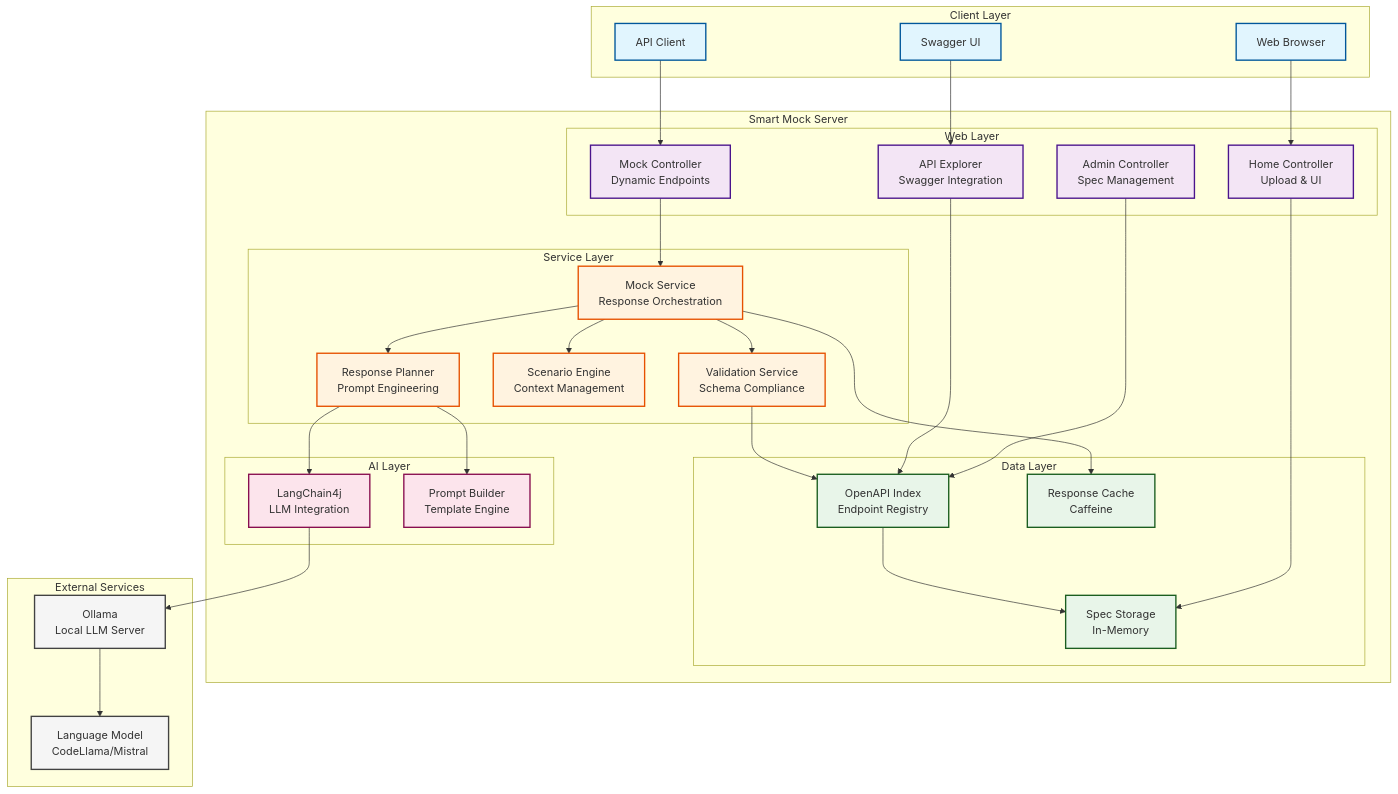
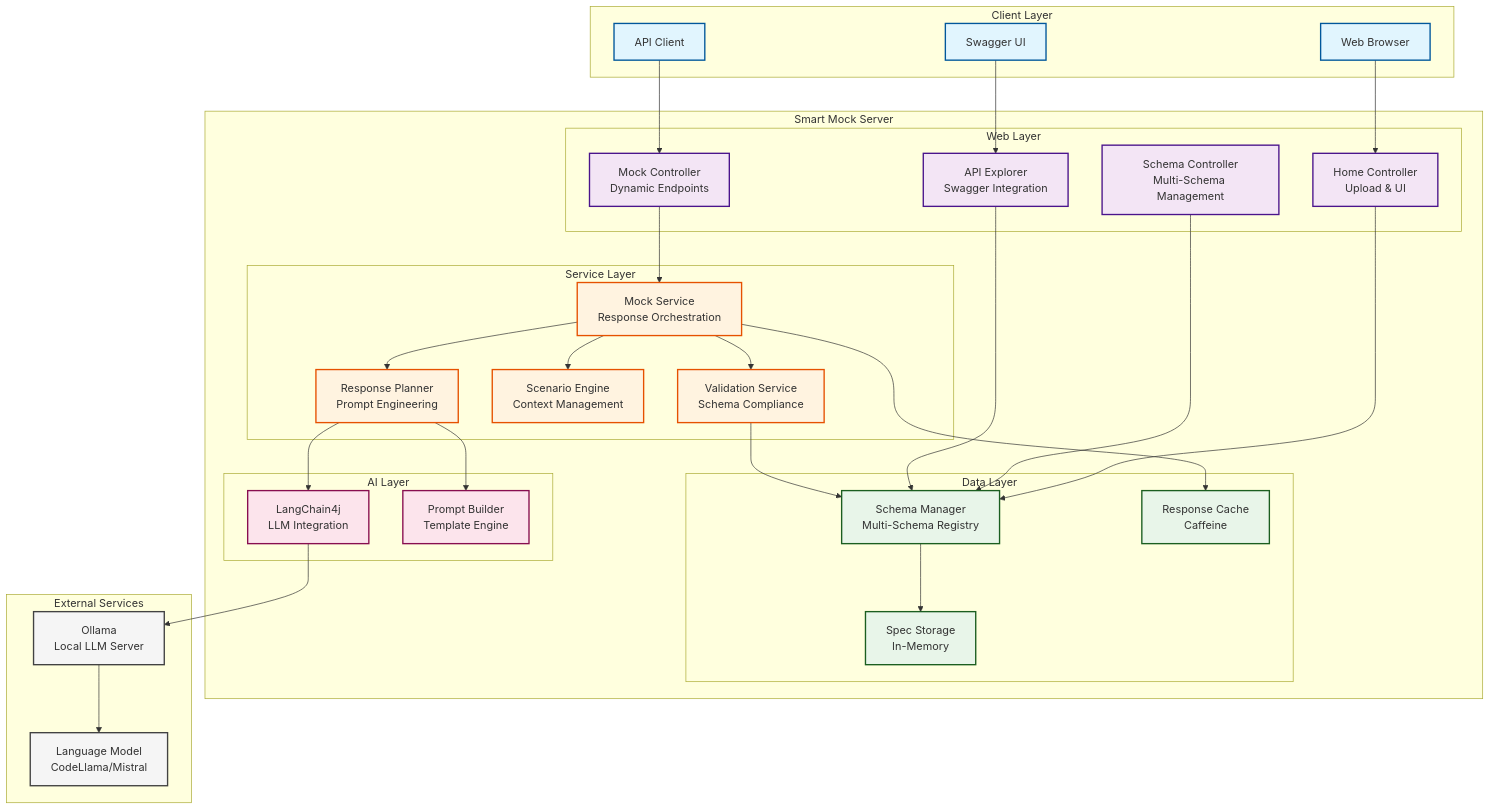
One commit to rokon12/smart-mock changed the third of 11 diagrams in architecture-diagram.md. Above: the diagram before and after it, drawn with Mermaid. The commit also changed other lines of this file and 4 other files, not shown here.

````diff
--- a/architecture-diagram.md
+++ b/architecture-diagram.md
@@ -46,77 +46,77 @@
 ```mermaid
 graph TB
     subgraph "Client Layer"
         Browser[Web Browser]
         SwaggerUI[Swagger UI]
         APIClient[API Client]
     end
 
     subgraph "Smart Mock Server"
         subgraph "Web Layer"
             HomeController[Home Controller<br/>Upload & UI]
             MockController[Mock Controller<br/>Dynamic Endpoints]
-            AdminController[Admin Controller<br/>Spec Management]
+            SchemaController[Schema Controller<br/>Multi-Schema Management]
             ApiExplorer[API Explorer<br/>Swagger Integration]
         end
 
         subgraph "Service Layer"
             MockService[Mock Service<br/>Response Orchestration]
             ResponsePlanner[Response Planner<br/>Prompt Engineering]
             ScenarioEngine[Scenario Engine<br/>Context Management]
             ValidationService[Validation Service<br/>Schema Compliance]
         end
 
         subgraph "Data Layer"
-            OpenApiIndex[OpenAPI Index<br/>Endpoint Registry]
+            SchemaManager[Schema Manager<br/>Multi-Schema Registry]
             ResponseCache[Response Cache<br/>Caffeine]
             SpecStorage[Spec Storage<br/>In-Memory]
         end
 
         subgraph "AI Layer"
             LangChain[LangChain4j<br/>LLM Integration]
             PromptBuilder[Prompt Builder<br/>Template Engine]
         end
     end
 
     subgraph "External Services"
         Ollama[Ollama<br/>Local LLM Server]
         LLModel[Language Model<br/>CodeLlama/Mistral]
     end
 
     Browser --> HomeController
     SwaggerUI --> ApiExplorer
     APIClient --> MockController
     
-    HomeController --> SpecStorage
+    HomeController --> SchemaManager
     MockController --> MockService
-    AdminController --> OpenApiIndex
-    ApiExplorer --> OpenApiIndex
+    SchemaController --> SchemaManager
+    ApiExplorer --> SchemaManager
     
     MockService --> ResponsePlanner
     MockService --> ScenarioEngine
     MockService --> ResponseCache
     MockService --> ValidationService
     
     ResponsePlanner --> PromptBuilder
     ResponsePlanner --> LangChain
     
     LangChain --> Ollama
     Ollama --> LLModel
     
-    OpenApiIndex --> SpecStorage
-    ValidationService --> OpenApiIndex
+    SchemaManager --> SpecStorage
+    ValidationService --> SchemaManager
 
     classDef client fill:#e1f5fe,stroke:#01579b,stroke-width:2px
     classDef web fill:#f3e5f5,stroke:#4a148c,stroke-width:2px
     classDef service fill:#fff3e0,stroke:#e65100,stroke-width:2px
     classDef data fill:#e8f5e9,stroke:#1b5e20,stroke-width:2px
     classDef ai fill:#fce4ec,stroke:#880e4f,stroke-width:2px
     classDef external fill:#f5f5f5,stroke:#424242,stroke-width:2px
 
     class Browser,SwaggerUI,APIClient client
-    class HomeController,MockController,AdminController,ApiExplorer web
+    class HomeController,MockController,SchemaController,ApiExplorer web
     class MockService,ResponsePlanner,ScenarioEngine,ValidationService service
-    class OpenApiIndex,ResponseCache,SpecStorage data
+    class SchemaManager,ResponseCache,SpecStorage data
     class LangChain,PromptBuilder ai
     class Ollama,LLModel external
 ```
````
